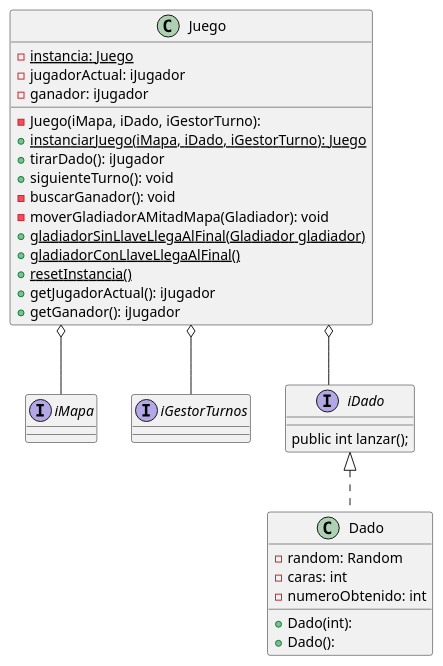
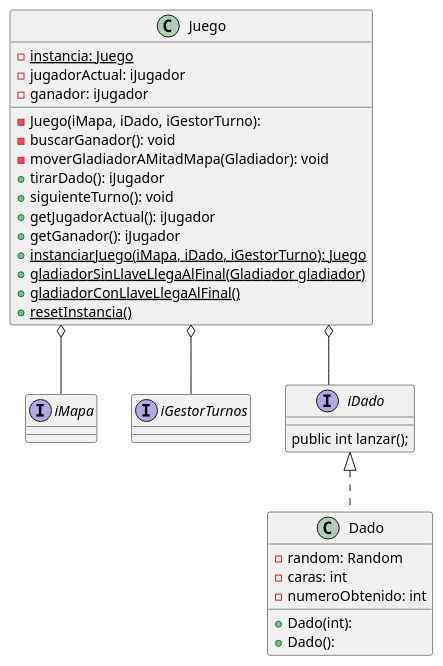
One commit to mcumskov/Algo3_tp2 changed the diagram in diagrams/clases/DiagramasParaInforme/diagramaJuegoChiquito.puml. Above: the diagram before and after it, drawn with PlantUML. The commit also changed 1 other file, not shown here.

Commit message:
agrego un diagrama de clases y cambio el orden de las funciones en diagrama juego chiquito

```diff
--- a/diagrams/clases/DiagramasParaInforme/diagramaJuegoChiquito.puml
+++ b/diagrams/clases/DiagramasParaInforme/diagramaJuegoChiquito.puml
@@ -1,43 +1,44 @@
 @startuml
 skinparam linetype ortho
 
 class Juego {
-  - {static}instancia: Juego
-  - Juego(iMapa, iDado, iGestorTurno):
-  - jugadorActual: iJugador
-  - ganador: iJugador
-  + {static}instanciarJuego(iMapa, iDado, iGestorTurno): Juego
-  + tirarDado(): iJugador
-  + siguienteTurno(): void
-  - buscarGanador(): void
-  - moverGladiadorAMitadMapa(Gladiador): void
-  + {static}gladiadorSinLlaveLlegaAlFinal(Gladiador gladiador)
-  + {static} gladiadorConLlaveLlegaAlFinal()
-  + {static} resetInstancia()
-  + getJugadorActual(): iJugador
-  + getGanador(): iJugador
+- {static}instancia: Juego
+- Juego(iMapa, iDado, iGestorTurno):
+- jugadorActual: iJugador
+- buscarGanador(): void
+- moverGladiadorAMitadMapa(Gladiador): void
+- ganador: iJugador
++ tirarDado(): iJugador
++ siguienteTurno(): void
++ getJugadorActual(): iJugador
++ getGanador(): iJugador
++ {static}instanciarJuego(iMapa, iDado, iGestorTurno): Juego
++ {static}gladiadorSinLlaveLlegaAlFinal(Gladiador gladiador)
++ {static} gladiadorConLlaveLlegaAlFinal()
++ {static} resetInstancia()
+
 }
 interface iMapa
 interface iGestorTurnos
 
 
 interface iDado {
     public int lanzar();
 }
 
 
 class Dado {
   + Dado(int):
   + Dado():
   - random: Random
   - caras: int
   - numeroObtenido: int
 }
 
 Juego o-- iMapa
 Juego o-- iGestorTurnos
 Juego o-- iDado
 iDado <|.- Dado
 
 
 @enduml
```
